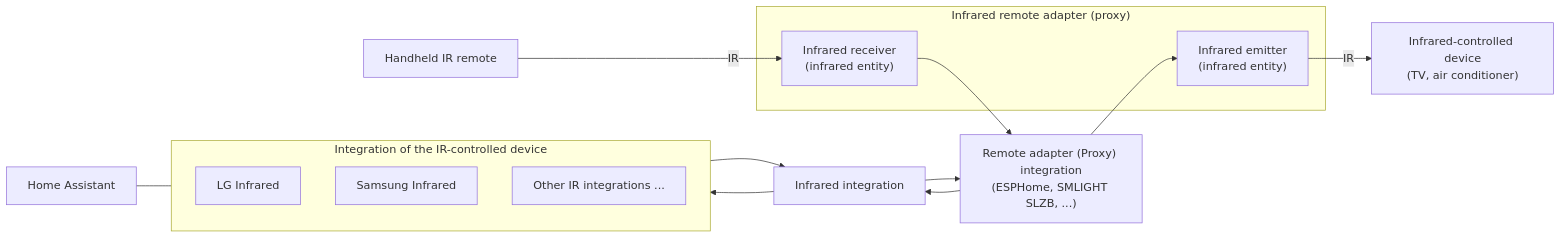
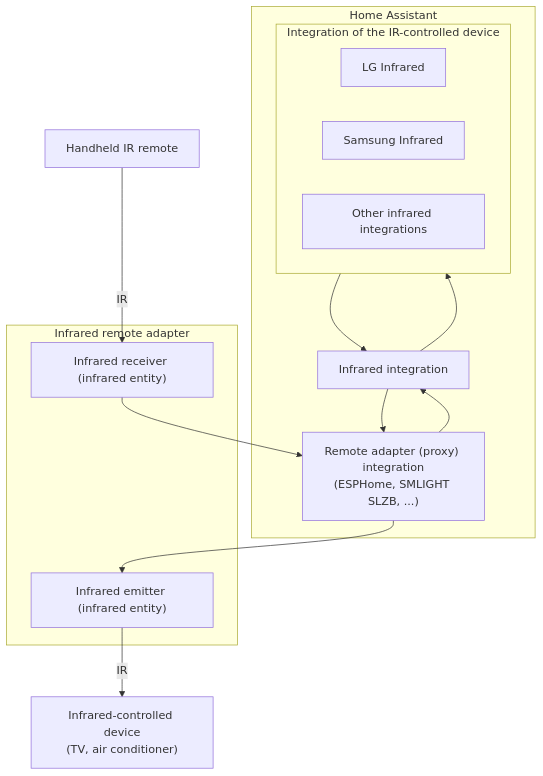
One commit to home-assistant/home-assistant.io changed the diagram in source/images/integrations/infrared/infrared-overview.mmd. Above: the diagram before and after it, drawn with Mermaid. The commit also changed 2 other files, not shown here.

Commit message:
Infrared: fix chart (#46617)

```diff
--- a/source/images/integrations/infrared/infrared-overview.mmd
+++ b/source/images/integrations/infrared/infrared-overview.mmd
@@ -1,30 +1,30 @@
-flowchart LR
+flowchart TB
     REMOTE["Handheld IR remote"]
-    HA["Home Assistant"]
 
-    subgraph DEV["Integration of the IR-controlled device"]
-        LG["LG Infrared"]
-        SAM["Samsung Infrared"]
-        OTHER["Other IR integrations ..."]
+    subgraph HA["Home Assistant"]
+        subgraph DEV["Integration of the IR-controlled device"]
+            LG["LG Infrared"]
+            SAM["Samsung Infrared"]
+            OTHER["Other infrared integrations"]
+        end
+
+        IRINT["Infrared integration"]
+
+        PROXYINT["Remote adapter (proxy) integration<br/>(ESPHome, SMLIGHT SLZB, ...)"]
     end
 
-    IRINT["Infrared integration"]
-
-    PROXYINT["Remote adapter (Proxy) integration<br/>(ESPHome, SMLIGHT SLZB, ...)"]
-
-    subgraph ADAPTER["Infrared remote adapter (proxy)"]
-        EM["Infrared emitter<br/>(infrared entity)"]
-        RC["Infrared receiver<br/>(infrared entity)"]
+    subgraph ADAPTER["Infrared remote adapter"]
+        EM["Infrared emitter (infrared entity)"]
+        RC["Infrared receiver (infrared entity)"]
     end
 
     TV["Infrared-controlled device<br/>(TV, air conditioner)"]
 
-    HA --- DEV
     DEV --> IRINT
     IRINT --> PROXYINT
     PROXYINT --> EM
     EM -->|"IR"| TV
     REMOTE -->|"IR"| RC
     RC --> PROXYINT
     PROXYINT --> IRINT
     IRINT --> DEV
```
